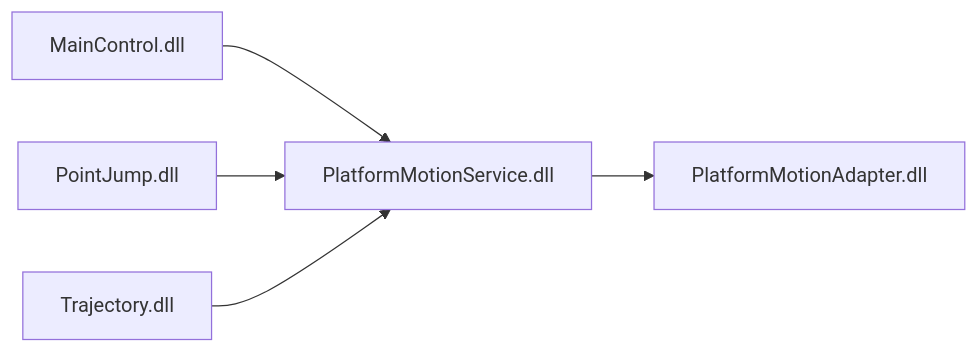
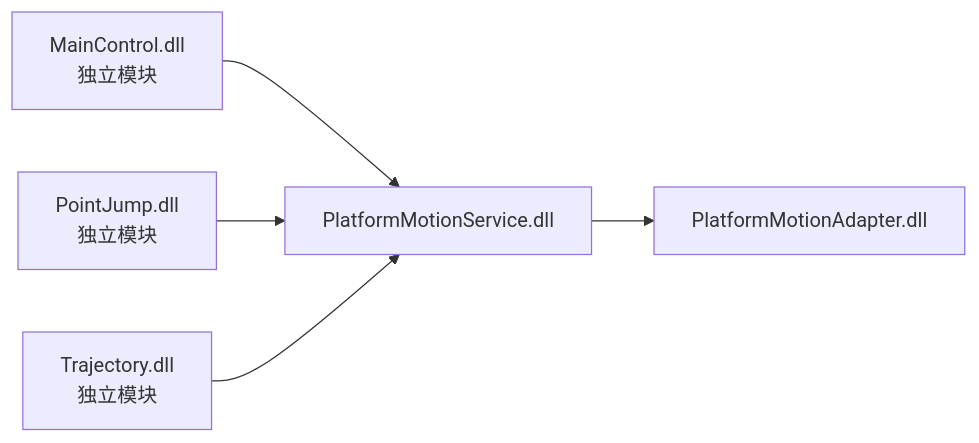
One commit to fuweiq94-cloud/339918076 changed the eighth of 8 diagrams in .qoder/repowiki/zh/content/开发指南/构建与部署.md. Above: the diagram before and after it, drawn with Mermaid. The commit also changed other lines of this file and 203 other files, not shown here.

````diff
--- a/.qoder/repowiki/zh/content/开发指南/构建与部署.md
+++ b/.qoder/repowiki/zh/content/开发指南/构建与部署.md
@@ -245,7 +349,7 @@
 ```mermaid
 graph LR
-MC["MainControl.dll"] --> LPS["PlatformMotionService.dll"]
-PJ["PointJump.dll"] --> LPS
-TRJ["Trajectory.dll"] --> LPS
+MC["MainControl.dll<br/>独立模块"] --> LPS["PlatformMotionService.dll"]
+PJ["PointJump.dll<br/>独立模块"] --> LPS
+TRJ["Trajectory.dll<br/>独立模块"] --> LPS
 LPS --> LPA["PlatformMotionAdapter.dll"]
 ```
````
